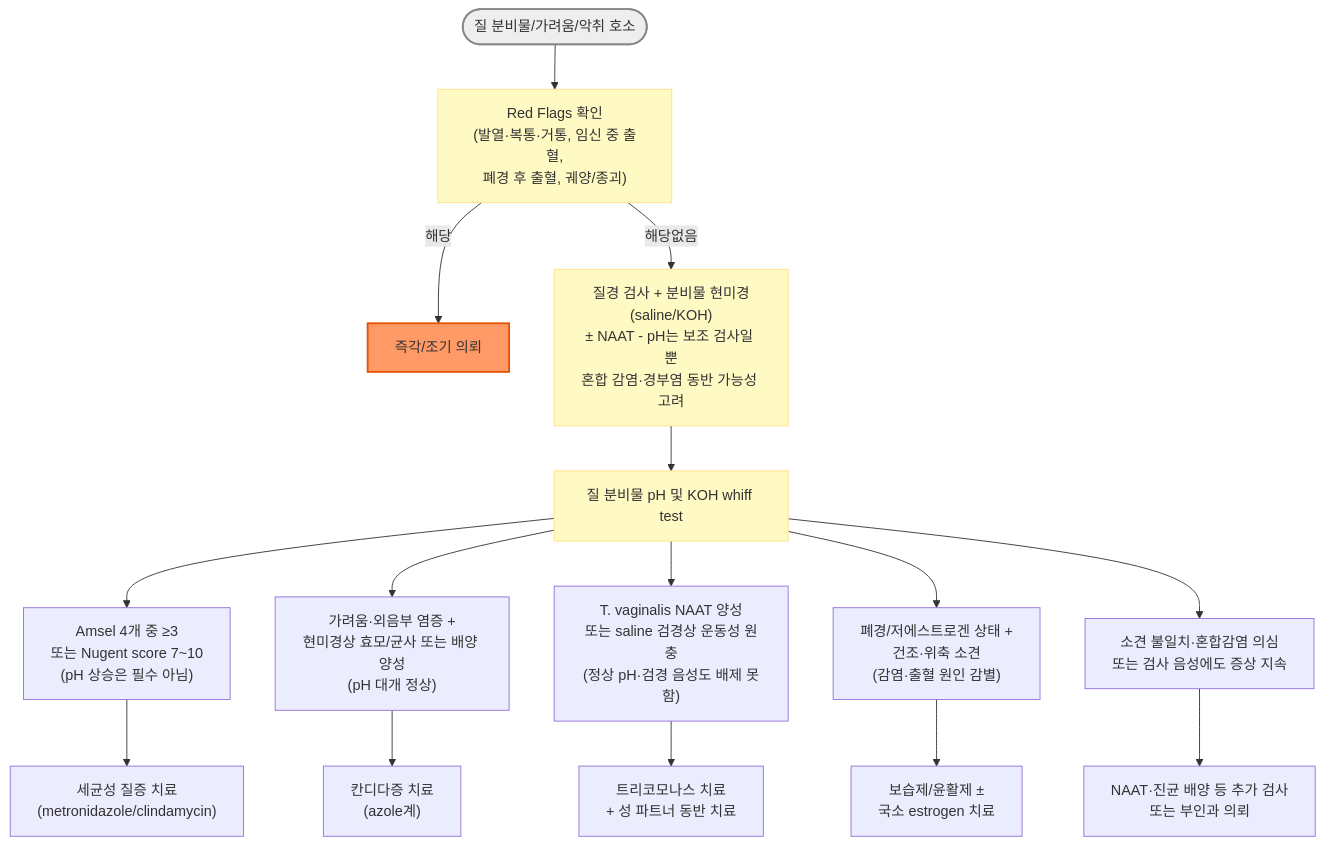
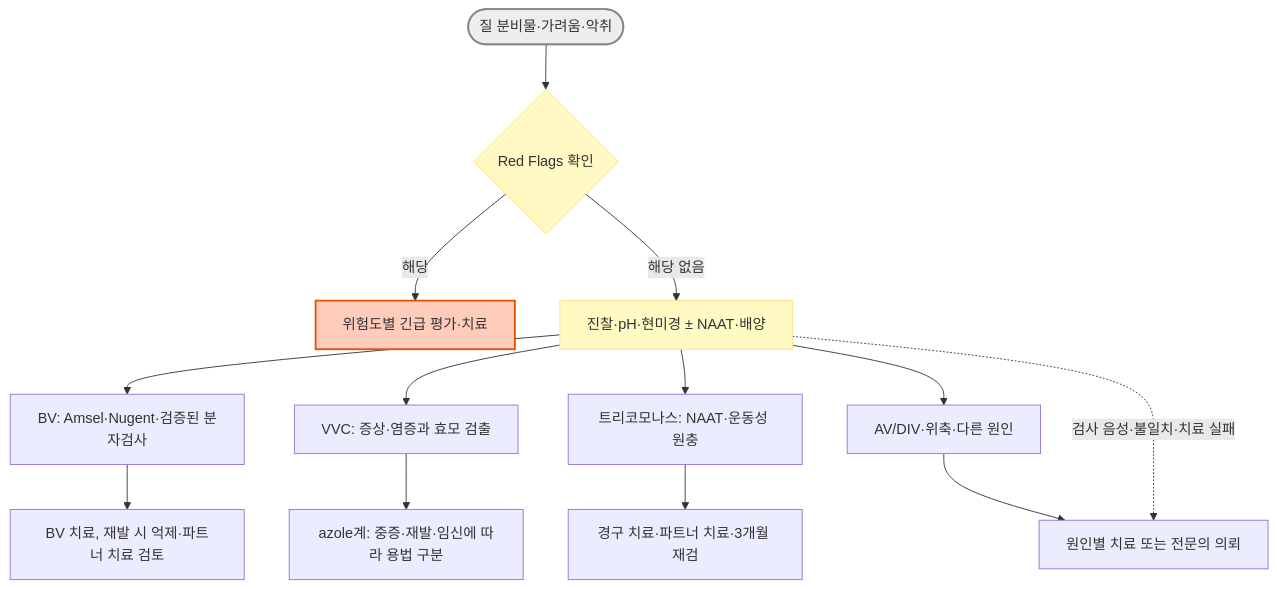
The diagram in 227_/122_-vulvovaginal-infections.md (familyoh77/familyoh77), drawn with Mermaid before and after one commit. The commit also changed other lines of this file and 9 other files, not shown here.

````diff
--- a/227_/122_-vulvovaginal-infections.md
+++ b/227_/122_-vulvovaginal-infections.md
@@ -141,22 +149,19 @@
 ```mermaid
 graph TD
-    Start(["질 분비물/가려움/악취 호소"]) --> RedFlag["Red Flags 확인<br>(발열·복통·거통, 임신 중 출혈,<br>폐경 후 출혈, 궤양/종괴)"]
-    RedFlag -- "해당" --> RF_pos["즉각/조기 의뢰"]
-    RedFlag -- "해당없음" --> Exam["질경 검사 + 분비물 현미경(saline/KOH)<br>± NAAT - pH는 보조 검사일 뿐<br>혼합 감염·경부염 동반 가능성 고려"]
-    Exam --> pH["질 분비물 pH 및 KOH whiff test"]
-    pH --> BVpath["Amsel 4개 중 ≥3<br>또는 Nugent score 7~10<br>(pH 상승은 필수 아님)"]
-    pH --> Candidapath["가려움·외음부 염증 +<br>현미경상 효모/균사 또는 배양 양성<br>(pH 대개 정상)"]
-    pH --> TVpath["T. vaginalis NAAT 양성<br>또는 saline 검경상 운동성 원충<br>(정상 pH·검경 음성도 배제 못함)"]
-    pH --> Atrophypath["폐경/저에스트로겐 상태 +<br>건조·위축 소견<br>(감염·출혈 원인 감별)"]
-    pH --> Otherpath["소견 불일치·혼합감염 의심<br>또는 검사 음성에도 증상 지속"]
-    BVpath --> BVtx["세균성 질증 치료<br>(metronidazole/clindamycin)"]
-    Candidapath --> Candidatx["칸디다증 치료<br>(azole계)"]
-    TVpath --> TVtx["트리코모나스 치료<br>+ 성 파트너 동반 치료"]
-    Atrophypath --> Atrophytx["보습제/윤활제 ±<br>국소 estrogen 치료"]
-    Otherpath --> Othertx["NAAT·진균 배양 등 추가 검사<br>또는 부인과 의뢰"]
-    style RedFlag fill:#fff9c4,stroke:#ffe082
+    Start(["질 분비물·가려움·악취"]) --> RF{"Red Flags 확인"}
+    RF -- "해당" --> Urgent["위험도별 긴급 평가·치료"]
+    RF -- "해당 없음" --> Exam["진찰·pH·현미경 ± NAAT·배양"]
+    Exam --> BV["BV: Amsel·Nugent·검증된 분자검사"]
+    Exam --> VVC["VVC: 증상·염증과 효모 검출"]
+    Exam --> TV["트리코모나스: NAAT·운동성 원충"]
+    Exam --> Other["AV/DIV·위축·다른 원인"]
+    BV --> BVtx["BV 치료, 재발 시 억제·파트너 치료 검토"]
+    VVC --> VVCtx["azole계: 중증·재발·임신에 따라 용법 구분"]
+    TV --> TVtx["경구 치료·파트너 치료·3개월 재검"]
+    Other --> Reassess["원인별 치료 또는 전문의 의뢰"]
+    Exam -. "검사 음성·불일치·치료 실패" .-> Reassess
+    style RF fill:#fff9c4,stroke:#ffe082
     style Exam fill:#fff9c4,stroke:#ffe082
-    style pH fill:#fff9c4,stroke:#ffe082
     style Start fill:#eeeeee,stroke:#888888,stroke-width:2px
-    style RF_pos fill:#f96,stroke:#e65100,stroke-width:2px
+    style Urgent fill:#ffccbc,stroke:#e65100,stroke-width:2px
 ```
````
